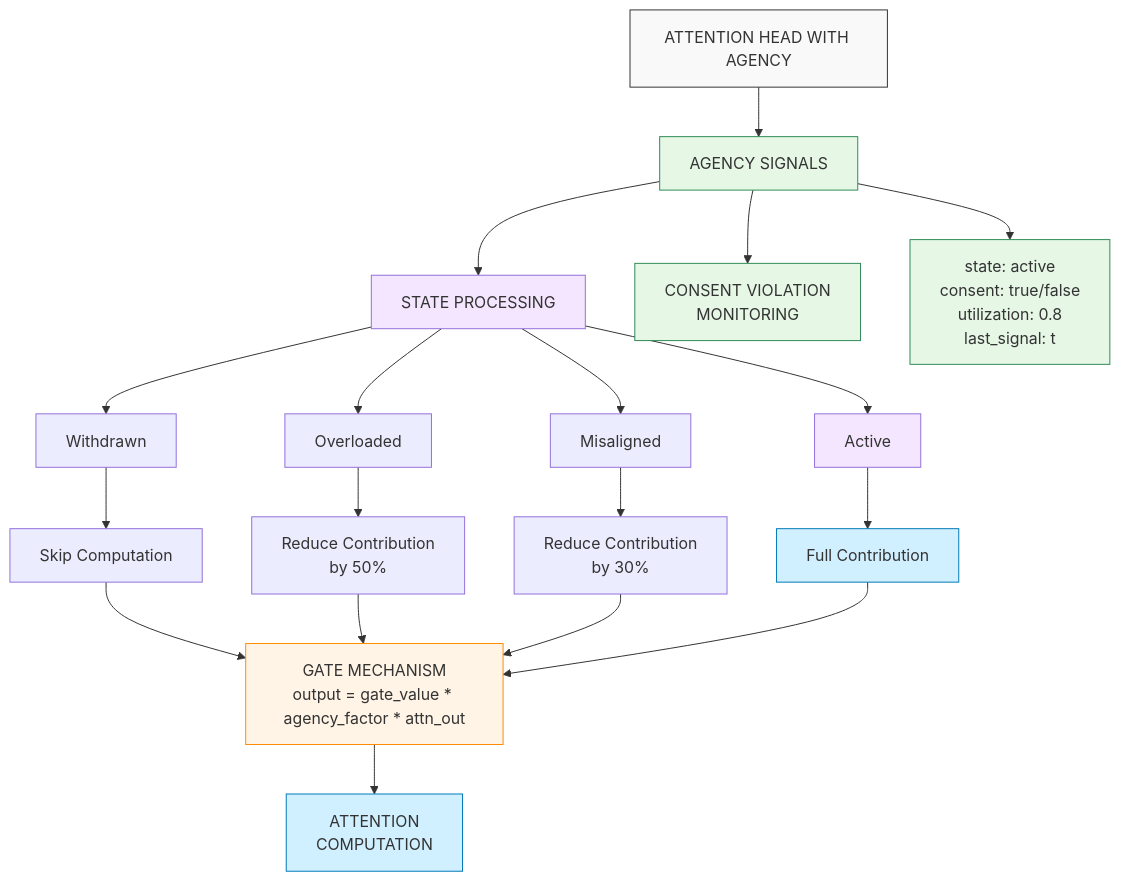
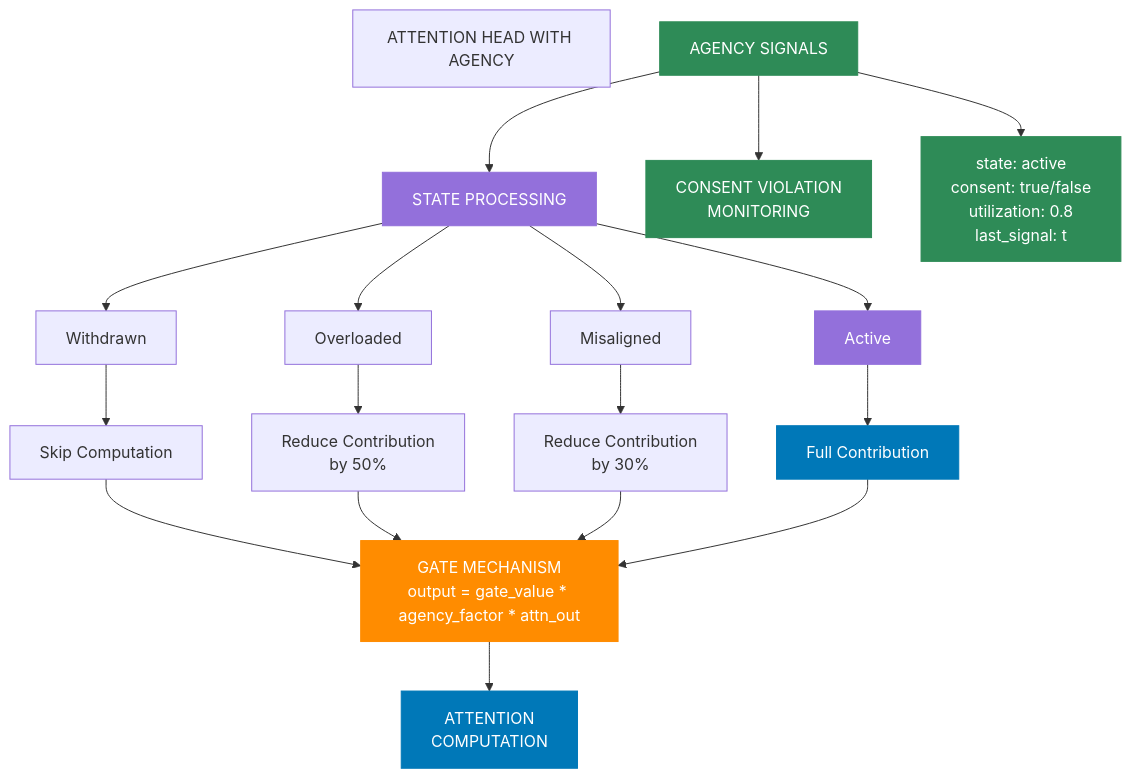
Before and after one commit to CambrianTech/sentinel-ai: the second of 6 diagrams in README.md, drawn with Mermaid. The commit also changed other lines of this file and 3 other files, not shown here.

First line of the commit message:
Fix colors in Mermaid diagrams for better readability (#33)

````diff
--- a/README.md
+++ b/README.md
@@ -95,63 +96,62 @@
 ```mermaid
 flowchart TD
-    classDef standard fill:#f9f9f9,stroke:#333,stroke-width:1px
-    classDef agency fill:#e6f7e6,stroke:#2e8b57,stroke-width:1px
-    classDef state fill:#f5e6ff,stroke:#9370db,stroke-width:1px
-    classDef computation fill:#d1f0ff,stroke:#0078b8,stroke-width:1px
-    classDef gate fill:#fff4e6,stroke:#ff8c00,stroke-width:1px
+    classDef standard fill:#333,stroke:#333,stroke-width:1px,color:#fff
+    classDef agency fill:#2e8b57,stroke:#2e8b57,stroke-width:1px,color:#fff
+    classDef state fill:#9370db,stroke:#9370db,stroke-width:1px,color:#fff
+    classDef computation fill:#0078b8,stroke:#0078b8,stroke-width:1px,color:#fff
+    classDef gate fill:#ff8c00,stroke:#ff8c00,stroke-width:1px,color:#fff
     
     %% Main Components
-    title["ATTENTION HEAD WITH AGENCY"]
+    header["ATTENTION HEAD WITH AGENCY"]
     signals["AGENCY SIGNALS"]
     stateProcessing["STATE PROCESSING"]
     monitor["CONSENT VIOLATION<br/>MONITORING"]
     attention["ATTENTION<br/>COMPUTATION"]
     gate["GATE MECHANISM<br/>output = gate_value * agency_factor * attn_out"]
     
     %% Agency Signal Components
     active["state: active<br/>consent: true/false<br/>utilization: 0.8<br/>last_signal: t"]
     
     %% State Components
     withdrawn["Withdrawn"]
     overloaded["Overloaded"]
     misaligned["Misaligned"]
     activeState["Active"]
     
     %% Action Components
     skipComputation["Skip Computation"]
     reduce50["Reduce Contribution<br/>by 50%"]
     reduce30["Reduce Contribution<br/>by 30%"]
     fullContribution["Full Contribution"]
     
     %% Connections
-    title --> signals
-    signals --> active
+        signals --> active
     
     signals --> stateProcessing
     signals --> monitor
     
     stateProcessing --> withdrawn & overloaded & misaligned & activeState
     
     withdrawn --> skipComputation
     overloaded --> reduce50
     misaligned --> reduce30
     activeState --> fullContribution
     
     skipComputation & reduce50 & reduce30 & fullContribution --> gate
     
     gate --> attention
     
     %% Styling
-    title:::standard
+    header:::header
     signals:::agency
     stateProcessing:::state
     monitor:::agency
     attention:::computation
     gate:::gate
     
     active:::agency
     
     withdrawn & overloaded & misaligned & activeState:::state
     
     skipComputation & reduce50 & reduce30 & fullContribution:::computation
 ```
````
